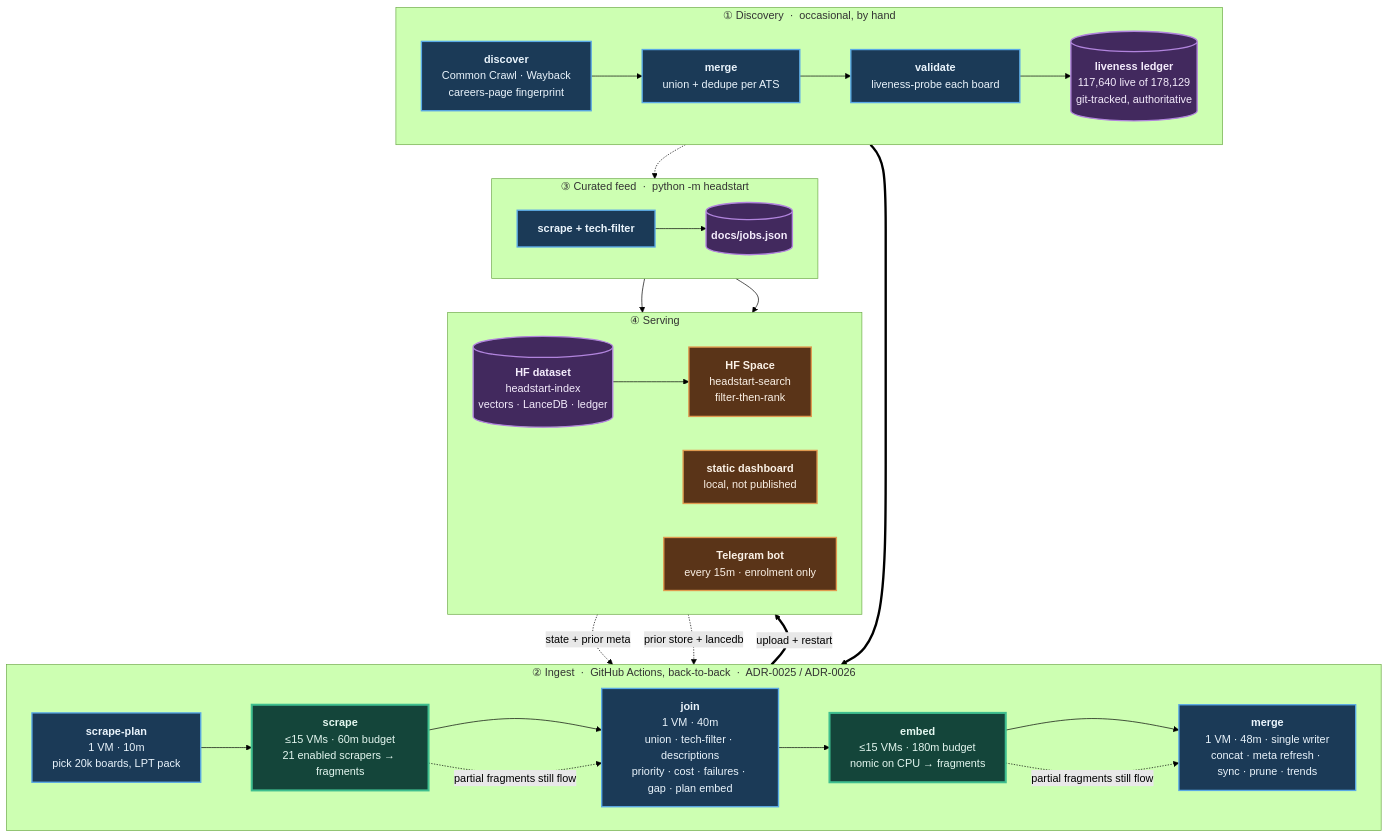
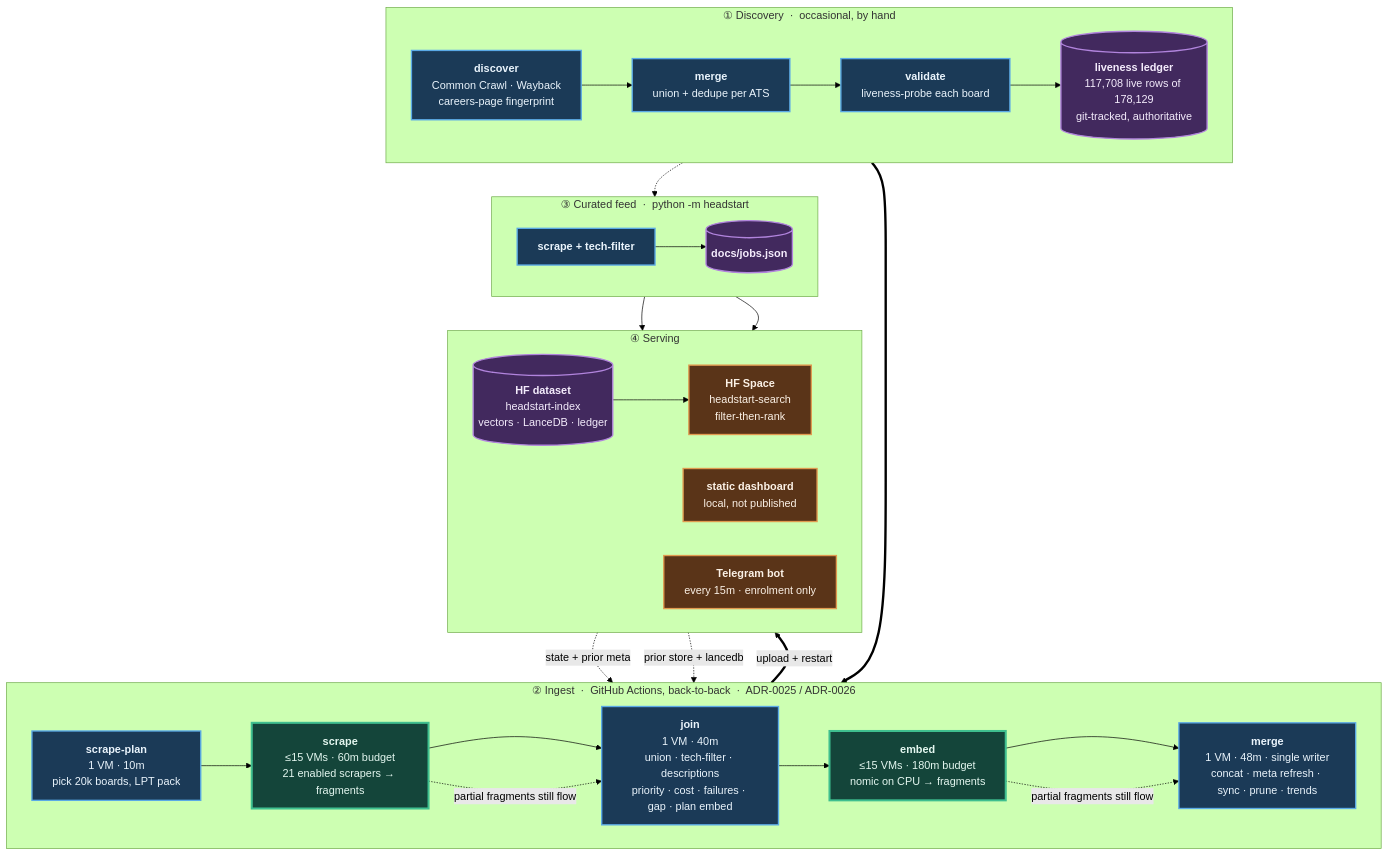
The diagram in README.md (sarthakjain004/headstart), drawn with Mermaid (forest theme) before and after one commit. The commit also changed other lines of this file and 14 other files, not shown here.

````diff
--- a/README.md
+++ b/README.md
@@ -84,56 +84,56 @@
 ```mermaid
 flowchart TB
     subgraph D["① Discovery &nbsp;·&nbsp; occasional, by hand"]
         direction LR
         D1["<b>discover</b><br/>Common Crawl · Wayback<br/>careers-page fingerprint"]
         D2["<b>merge</b><br/>union + dedupe per ATS"]
         D3["<b>validate</b><br/>liveness-probe each board"]
-        D4[("<b>liveness ledger</b><br/>117,640 live of 178,129<br/>git-tracked, authoritative")]
+        D4[("<b>liveness ledger</b><br/>117,708 live rows of 178,129<br/>git-tracked, authoritative")]
         D1 --> D2 --> D3 --> D4
     end
 
     subgraph P["② Ingest &nbsp;·&nbsp; GitHub Actions, back-to-back &nbsp;·&nbsp; ADR-0025 / ADR-0026"]
         direction LR
         P1["<b>scrape-plan</b><br/>1 VM · 10m<br/>pick 20k boards, LPT pack"]
         P2["<b>scrape</b><br/>≤15 VMs · 60m budget<br/>21 enabled scrapers → fragments"]
         P3["<b>join</b><br/>1 VM · 40m<br/>union · tech-filter · descriptions<br/>priority · cost · failures · gap · plan embed"]
         P4["<b>embed</b><br/>≤15 VMs · 180m budget<br/>nomic on CPU → fragments"]
         P5["<b>merge</b><br/>1 VM · 48m · single writer<br/>concat · meta refresh · sync · prune · trends"]
         P1 --> P2 --> P3 --> P4 --> P5
     end
 
     subgraph F["③ Curated feed &nbsp;·&nbsp; python -m headstart"]
         direction LR
         F1["<b>scrape + tech-filter</b>"]
         F2[("<b>docs/jobs.json</b>")]
         F1 --> F2
     end
 
     subgraph S["④ Serving"]
         direction LR
         S1[("<b>HF dataset</b><br/>headstart-index<br/>vectors · LanceDB · ledger")]
         S2["<b>HF Space</b><br/>headstart-search<br/>filter-then-rank"]
         S3["<b>static dashboard</b><br/>local, not published"]
         S4["<b>Telegram bot</b><br/>every 15m · enrolment only"]
         S1 --> S2
     end
 
     D4 ==> P1
     S1 -. "state + prior meta" .-> P1
     S1 -. "prior store + lancedb" .-> P5
     D4 -.-> F1
     P5 ==>|"upload + restart"| S1
     F2 --> S3
     F2 --> S4
     P2 -. "partial fragments still flow" .-> P3
     P4 -. "partial fragments still flow" .-> P5
 
     classDef serial fill:#1b3a57,stroke:#5aa9e6,stroke-width:2px,color:#eaf4fc
     classDef fan fill:#14453a,stroke:#3fbf8f,stroke-width:3px,color:#e4f7f0
     classDef store fill:#42295e,stroke:#b184dd,stroke-width:2px,color:#f4ecfc
     classDef serve fill:#5a3418,stroke:#e09a4f,stroke-width:2px,color:#fbf1e6
     class D1,D2,D3,P1,P3,P5,F1 serial
     class P2,P4 fan
     class D4,F2,S1 store
     class S2,S3,S4 serve
 ```
````
